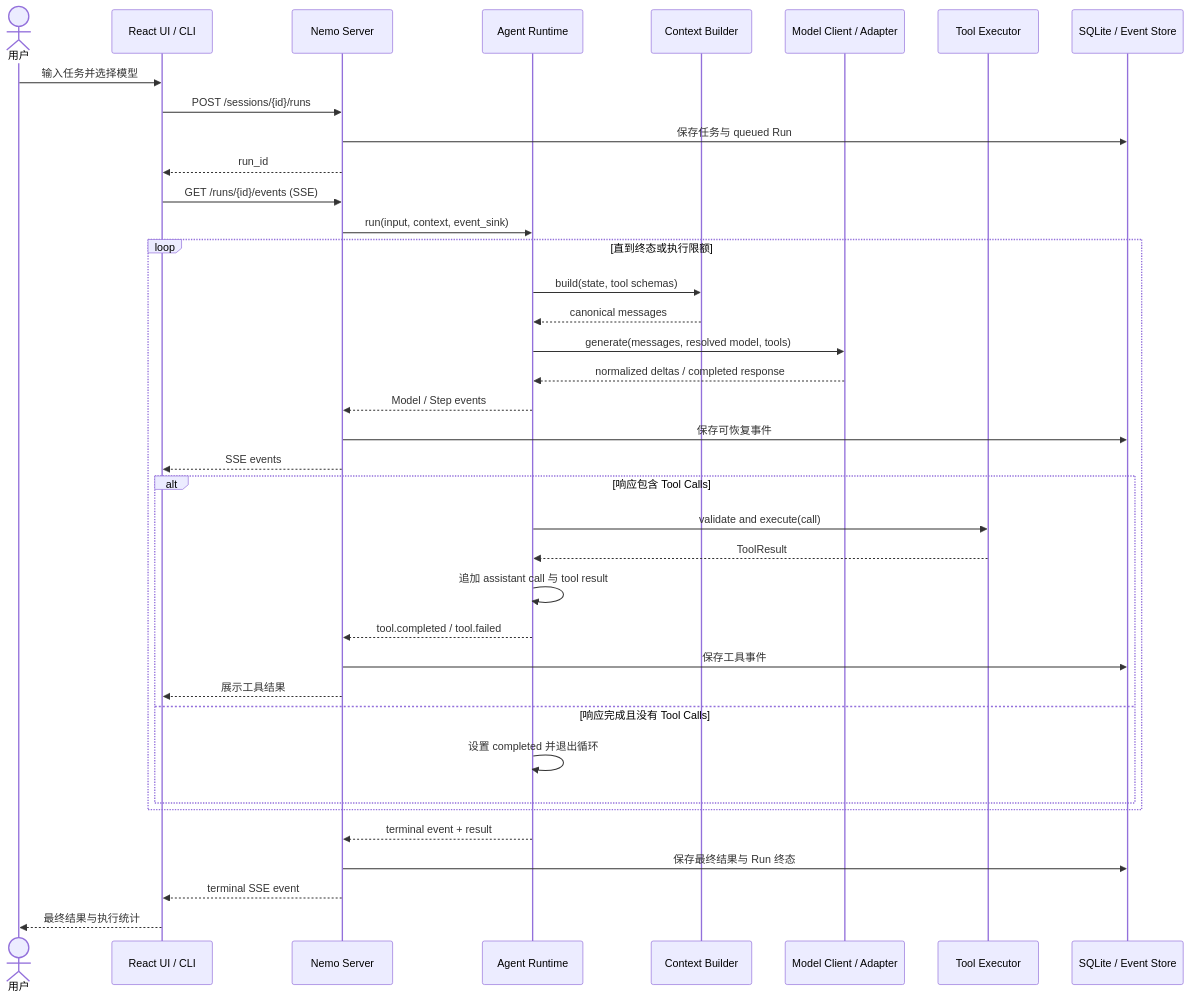
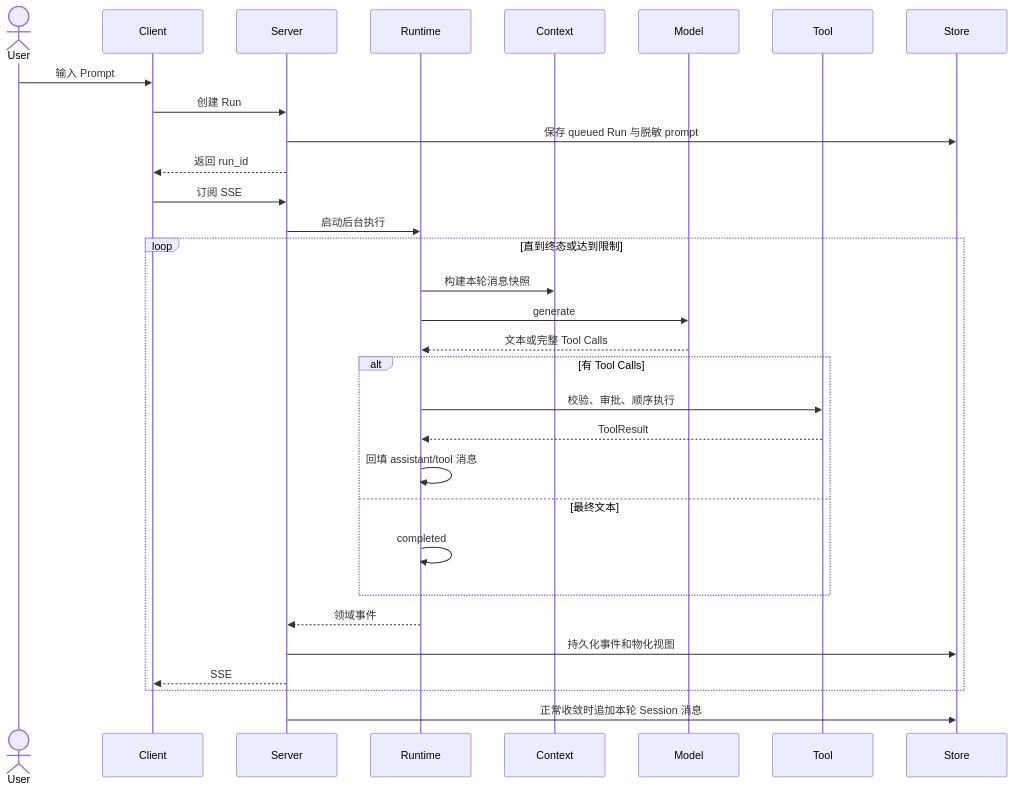
One commit to jiayu5/Nemo changed the second of 3 diagrams in NEMO_ARCHITECTURE.md. Above: the diagram before and after it, drawn with Mermaid. The commit also changed other lines of this file and 60 other files, not shown here.

````diff
--- a/NEMO_ARCHITECTURE.md
+++ b/NEMO_ARCHITECTURE.md
@@ -261,41 +88,34 @@
 ```mermaid
 sequenceDiagram
-    actor User as 用户
-    participant UI as React UI / CLI
-    participant Server as Nemo Server
-    participant Runtime as Agent Runtime
-    participant Context as Context Builder
-    participant Model as Model Client / Adapter
-    participant Tool as Tool Executor
-    participant Store as SQLite / Event Store
+    actor User
+    participant Client
+    participant Server
+    participant Runtime
+    participant Context
+    participant Model
+    participant Tool
+    participant Store
 
-    User->>UI: 输入任务并选择模型
-    UI->>Server: POST /sessions/{id}/runs
-    Server->>Store: 保存任务与 queued Run
-    Server-->>UI: run_id
-    UI->>Server: GET /runs/{id}/events (SSE)
-    Server->>Runtime: run(input, context, event_sink)
-    loop 直到终态或执行限额
-        Runtime->>Context: build(state, tool schemas)
-        Context-->>Runtime: canonical messages
-        Runtime->>Model: generate(messages, resolved model, tools)
-        Model-->>Runtime: normalized deltas / completed response
-        Runtime-->>Server: Model / Step events
-        Server->>Store: 保存可恢复事件
-        Server-->>UI: SSE events
-        alt 响应包含 Tool Calls
-            Runtime->>Tool: validate and execute(call)
+    User->>Client: 输入 Prompt
+    Client->>Server: 创建 Run
+    Server->>Store: 保存 queued Run 与脱敏 prompt
+    Server-->>Client: 返回 run_id
+    Client->>Server: 订阅 SSE
+    Server->>Runtime: 启动后台执行
+    loop 直到终态或达到限制
+        Runtime->>Context: 构建本轮消息快照
+        Runtime->>Model: generate
+        Model-->>Runtime: 文本或完整 Tool Calls
+        alt 有 Tool Calls
+            Runtime->>Tool: 校验、审批、顺序执行
             Tool-->>Runtime: ToolResult
-            Runtime->>Runtime: 追加 assistant call 与 tool result
-            Runtime-->>Server: tool.completed / tool.failed
-            Server->>Store: 保存工具事件
-            Server-->>UI: 展示工具结果
-        else 响应完成且没有 Tool Calls
-            Runtime->>Runtime: 设置 completed 并退出循环
+            Runtime->>Runtime: 回填 assistant/tool 消息
+        else 最终文本
+            Runtime->>Runtime: completed
         end
+        Runtime-->>Server: 领域事件
+        Server->>Store: 持久化事件和物化视图
+        Server-->>Client: SSE
     end
-    Runtime-->>Server: terminal event + result
-    Server->>Store: 保存最终结果与 Run 终态
-    Server-->>UI: terminal SSE event
-    UI-->>User: 最终结果与执行统计
+    Server->>Store: 正常收敛时追加本轮 Session 消息
 ```
````
